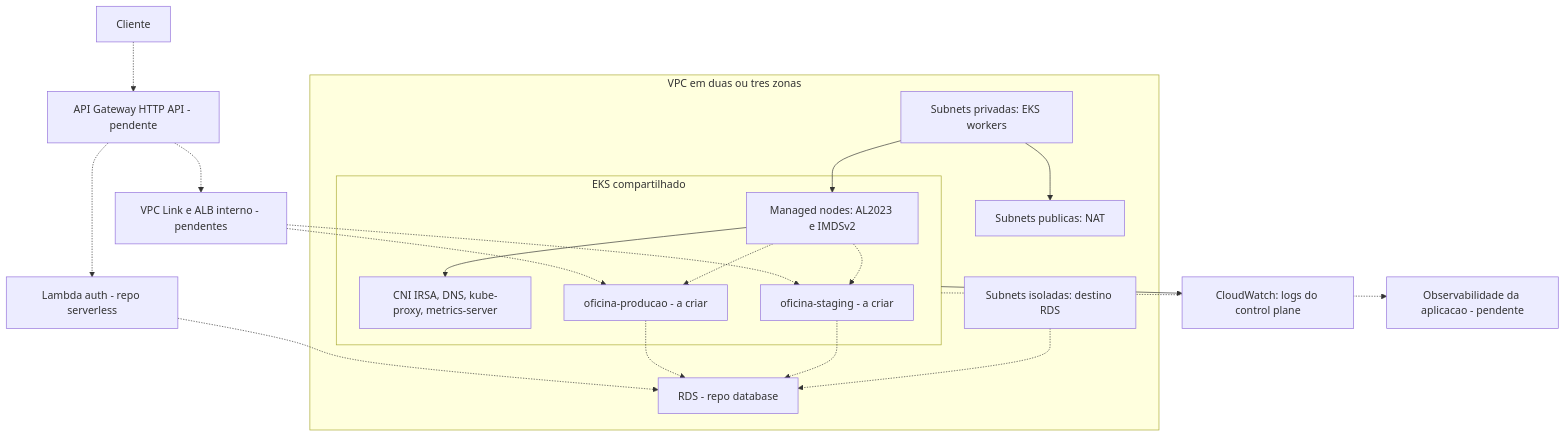
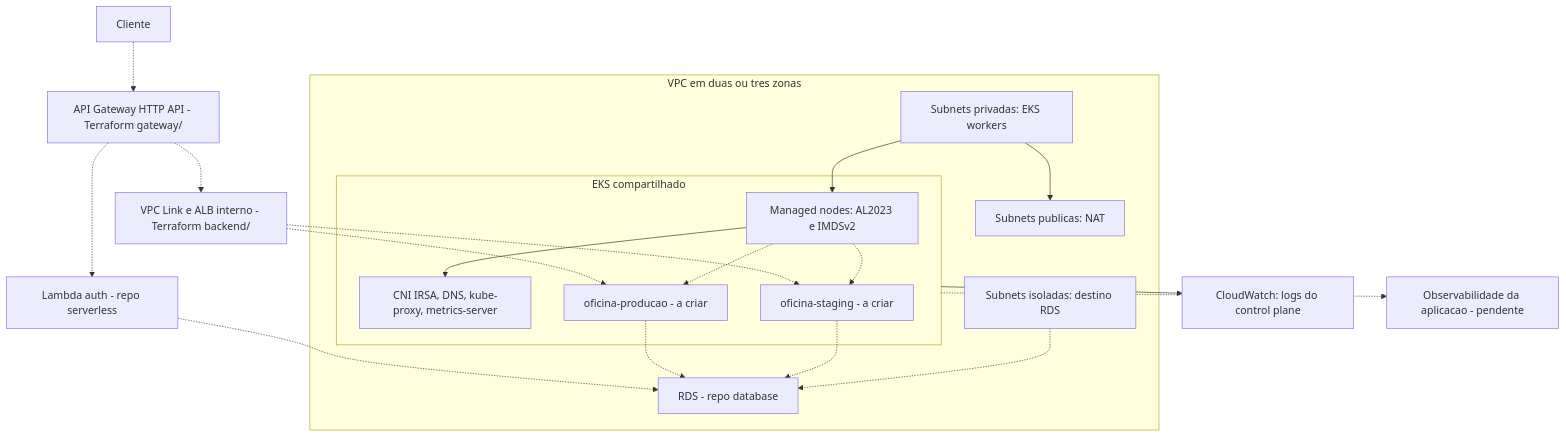
Before and after one commit to Venomouus/Oficina-infra-kubernetes: the diagram in docs/arquitetura.md, drawn with Mermaid. The commit also changed other lines of this file and 19 other files, not shown here.

Commit message:
feature: configurar backend privado da API

````diff
--- a/docs/arquitetura.md
+++ b/docs/arquitetura.md
@@ -6,30 +6,30 @@
 ```mermaid
 flowchart TD
-    Cliente[Cliente] -.-> Gateway[API Gateway HTTP API - pendente]
+    Cliente[Cliente] -.-> Gateway[API Gateway HTTP API - Terraform gateway/]
     Gateway -.-> Auth[Lambda auth - repo serverless]
-    Gateway -.-> VPCLink[VPC Link e ALB interno - pendentes]
+    Gateway -.-> VPCLink[VPC Link e ALB interno - Terraform backend/]
     subgraph VPC[VPC em duas ou tres zonas]
         Public[Subnets publicas: NAT]
         Private[Subnets privadas: EKS workers]
         Isolated[Subnets isoladas: destino RDS]
         Private --> Public
         subgraph EKS[EKS compartilhado]
             Nodes[Managed nodes: AL2023 e IMDSv2]
             Addons[CNI IRSA, DNS, kube-proxy, metrics-server]
             Staging[oficina-staging - a criar]
             Producao[oficina-producao - a criar]
             Nodes --> Addons
             Nodes -.-> Staging
             Nodes -.-> Producao
         end
         Private --> Nodes
         Isolated -.-> RDS[RDS - repo database]
     end
     VPCLink -.-> Staging
     VPCLink -.-> Producao
     Staging -.-> RDS
     Producao -.-> RDS
     Auth -.-> RDS
     EKS --> ControlLogs[CloudWatch: logs do control plane]
     EKS -.-> Monitor[Observabilidade da aplicacao - pendente]
 ```
````
